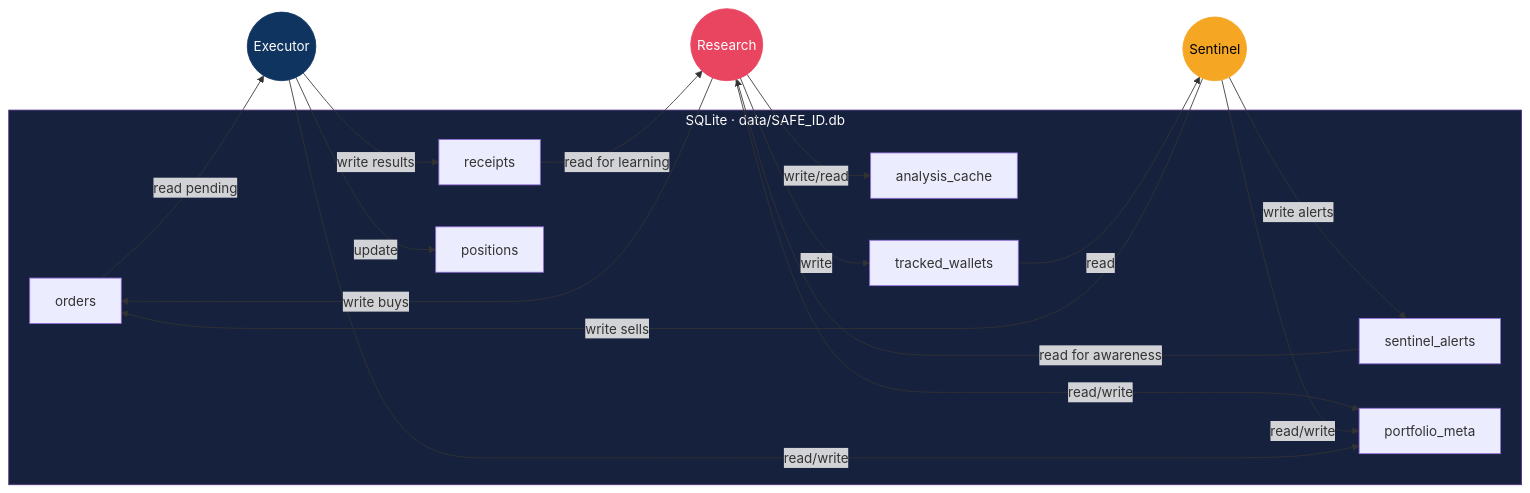
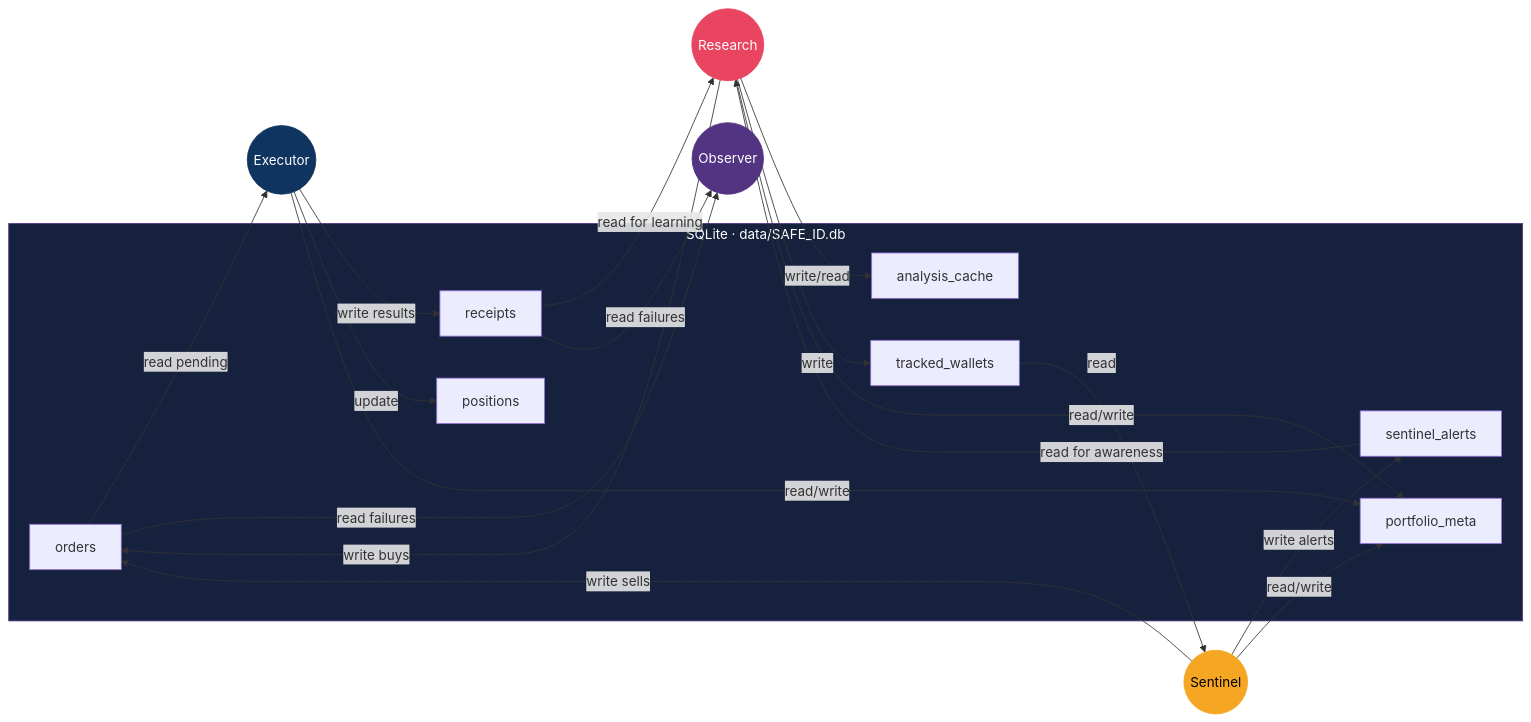
Before and after one commit to 0xb11a/crypto-claw: the second of 2 diagrams in README.md, drawn with Mermaid. The commit also changed other lines of this file and 19 other files, not shown here.

````diff
--- a/README.md
+++ b/README.md
@@ -125,32 +149,35 @@
 ```mermaid
 flowchart LR
     subgraph DB["SQLite · data/SAFE_ID.db"]
         ORD[orders]
         TR[receipts]
         POS[positions]
         SA[sentinel_alerts]
         AC[analysis_cache]
         TW[tracked_wallets]
         PM[portfolio_meta]
     end
 
     R((Research)) -- "write buys" --> ORD
     ORD -- "read pending" --> X((Executor))
     S((Sentinel)) -- "write sells" --> ORD
     X -- "write results" --> TR
     X -- "update" --> POS
     TR -- "read for learning" --> R
     S -- "write alerts" --> SA
     SA -- "read for awareness" --> R
     R -- "write/read" --> AC
     R -- "write" --> TW
     TW -- "read" --> S
     R -- "read/write" --> PM
     S -- "read/write" --> PM
     X -- "read/write" --> PM
+    TR -- "read failures" --> O((Observer))
+    ORD -- "read failures" --> O
 
     style R fill:#e94560,stroke:#e94560,color:#fff
     style S fill:#f5a623,stroke:#f5a623,color:#000
     style X fill:#0f3460,stroke:#0f3460,color:#fff
+    style O fill:#533483,stroke:#533483,color:#fff
     style DB fill:#16213e,stroke:#533483,color:#fff
 ```
````
